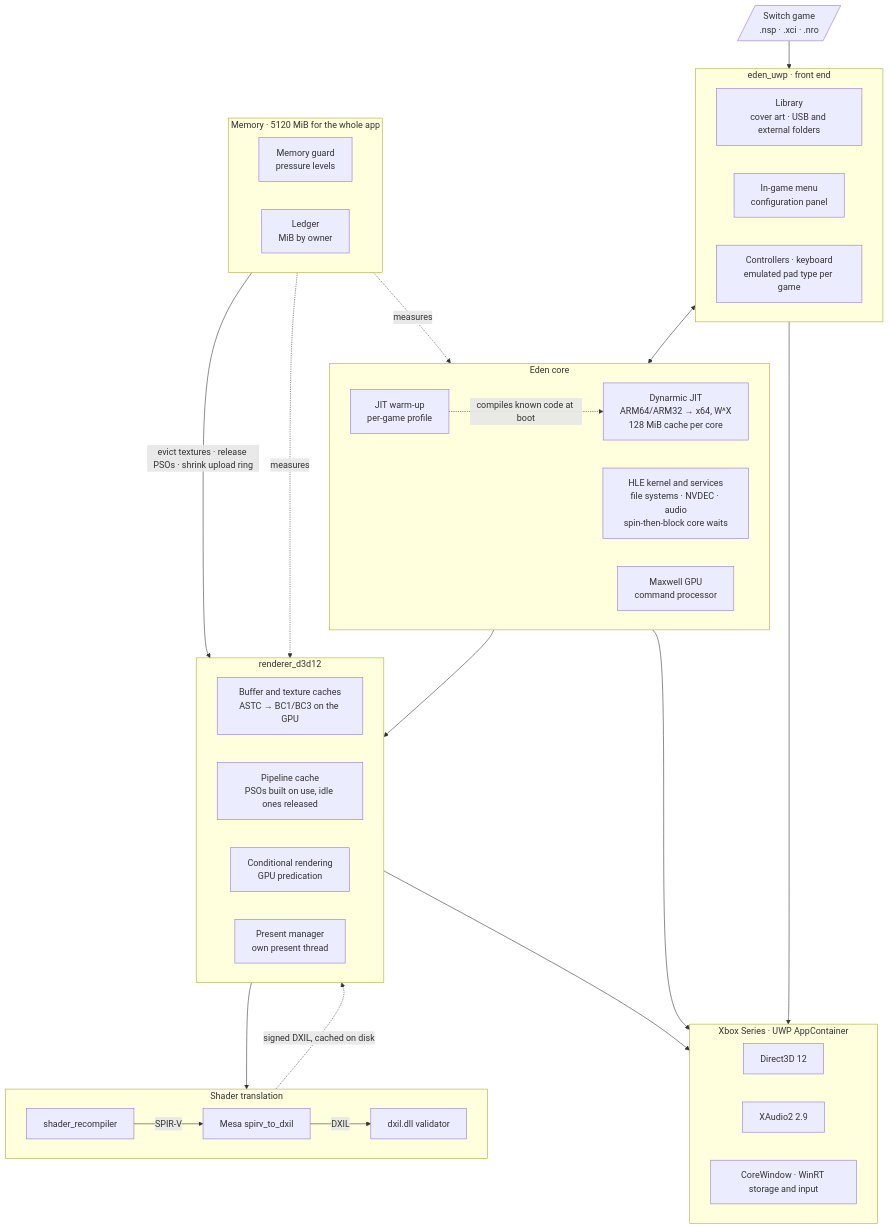
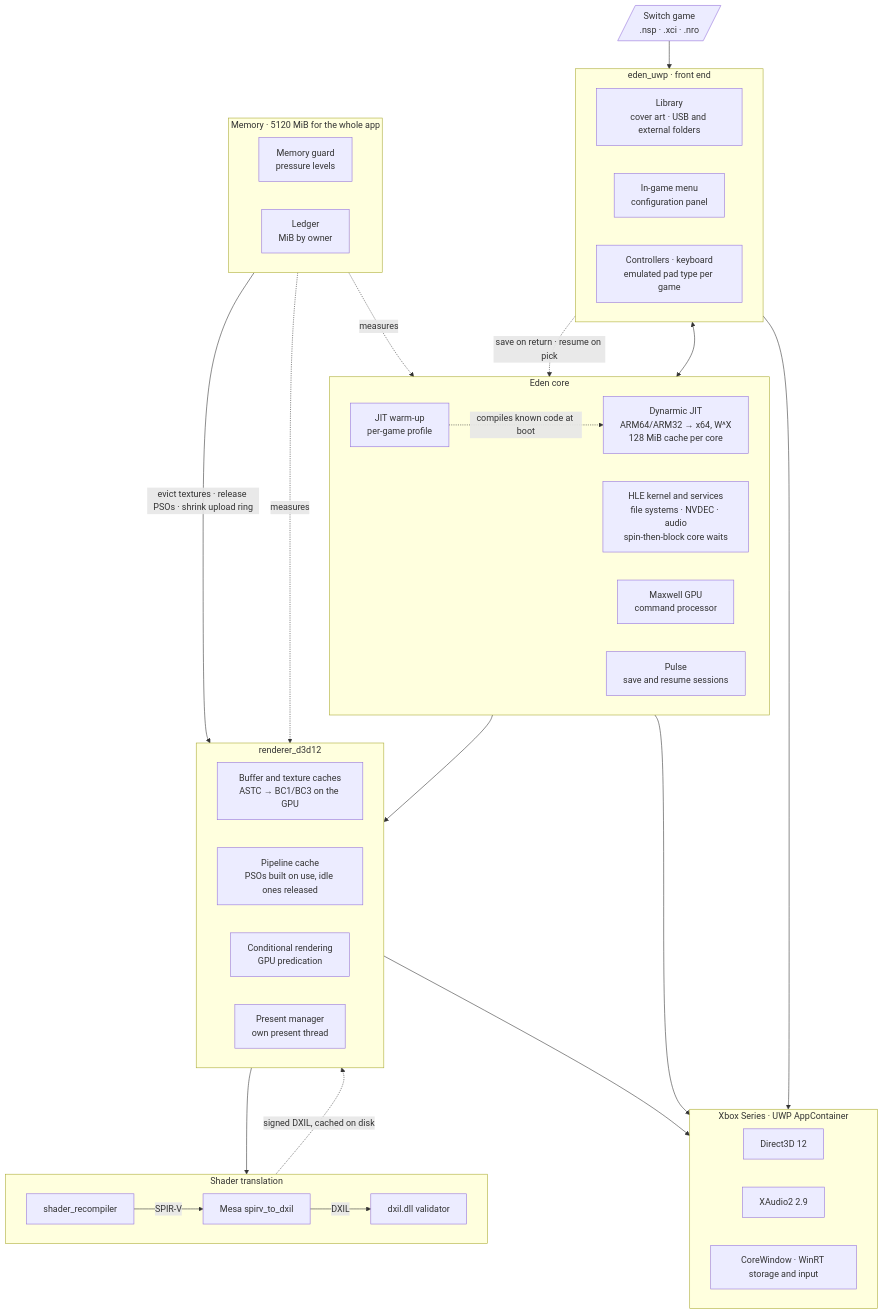
One commit to JulianDr14/eden-xbox changed the diagram in README.md. Above: the diagram before and after it, drawn with Mermaid. The commit also changed other lines of this file and 2 other files, not shown here.

First line of the commit message:
docs: describe Pulse in the README and update its status

````diff
--- a/README.md
+++ b/README.md
@@ -196,58 +197,60 @@
 ```mermaid
 flowchart TB
     rom[/"Switch game<br/>.nsp · .xci · .nro"/]
 
     subgraph front["eden_uwp · front end"]
         direction LR
         lib["Library<br/>cover art · USB and external folders"]
         menu["In-game menu<br/>configuration panel"]
         input["Controllers · keyboard<br/>emulated pad type per game"]
     end
 
     subgraph core["Eden core"]
         direction LR
         cpu["Dynarmic JIT<br/>ARM64/ARM32 → x64, W^X<br/>128 MiB cache per core"]
         warm["JIT warm-up<br/>per-game profile"]
         hle["HLE kernel and services<br/>file systems · NVDEC · audio<br/>spin-then-block core waits"]
         gpu["Maxwell GPU<br/>command processor"]
+        pulse["Pulse<br/>save and resume sessions"]
     end
 
     subgraph d3d["renderer_d3d12"]
         direction LR
         caches["Buffer and texture caches<br/>ASTC → BC1/BC3 on the GPU"]
         pipes["Pipeline cache<br/>PSOs built on use, idle ones released"]
         pred["Conditional rendering<br/>GPU predication"]
         present["Present manager<br/>own present thread"]
     end
 
     subgraph shaders["Shader translation"]
         direction LR
         rec["shader_recompiler"] -- SPIR-V --> s2d["Mesa spirv_to_dxil"] -- DXIL --> sign["dxil.dll validator"]
     end
 
     subgraph mem["Memory · 5120 MiB for the whole app"]
         direction LR
         guard["Memory guard<br/>pressure levels"]
         ledger["Ledger<br/>MiB by owner"]
     end
 
     subgraph host["Xbox Series · UWP AppContainer"]
         direction LR
         dx["Direct3D 12"]
         xa["XAudio2 2.9"]
         win["CoreWindow · WinRT storage and input"]
     end
 
     rom --> lib
+    lib -. "save on return · resume on pick" .-> pulse
     front <--> core
     warm -. "compiles known code at boot" .-> cpu
     gpu --> d3d
     pipes --> shaders
     sign -. "signed DXIL, cached on disk" .-> pipes
     guard -- "evict textures · release PSOs · shrink upload ring" --> d3d
     ledger -. "measures" .-> d3d
     ledger -. "measures" .-> core
     d3d --> dx
     hle --> xa
     front --> win
 ```
````
